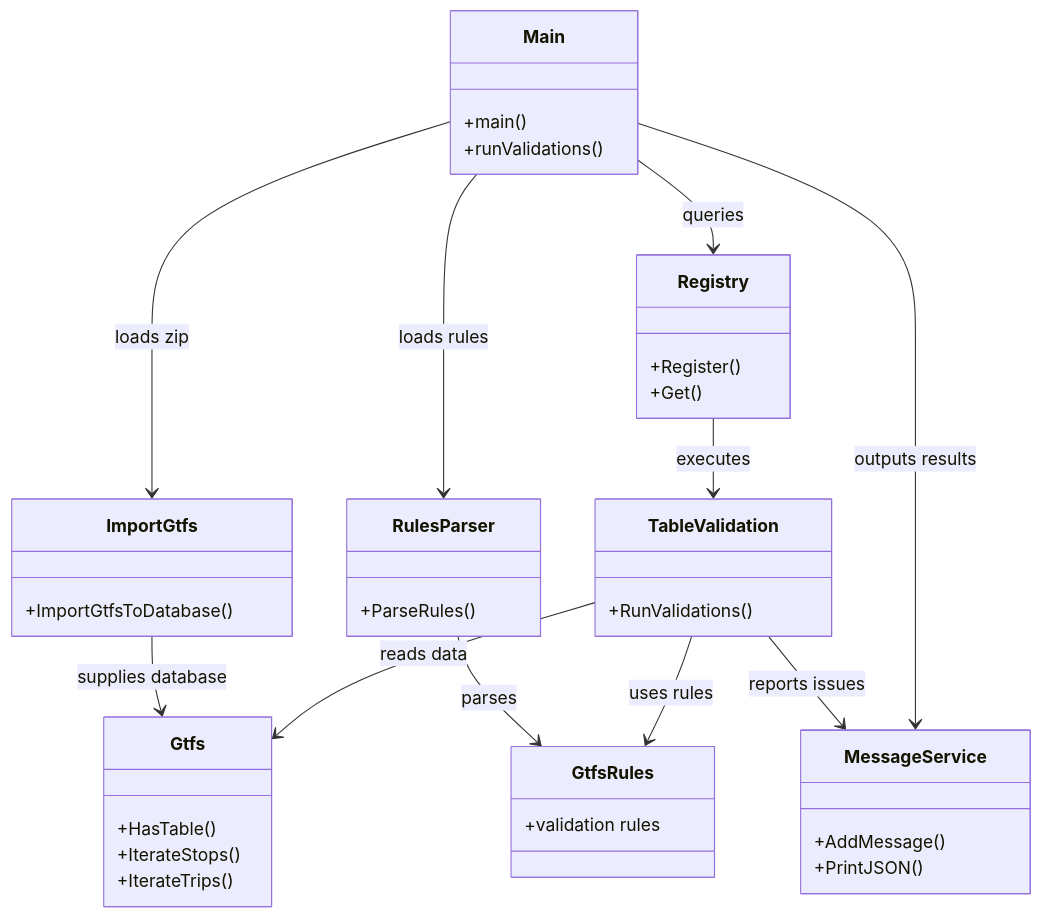
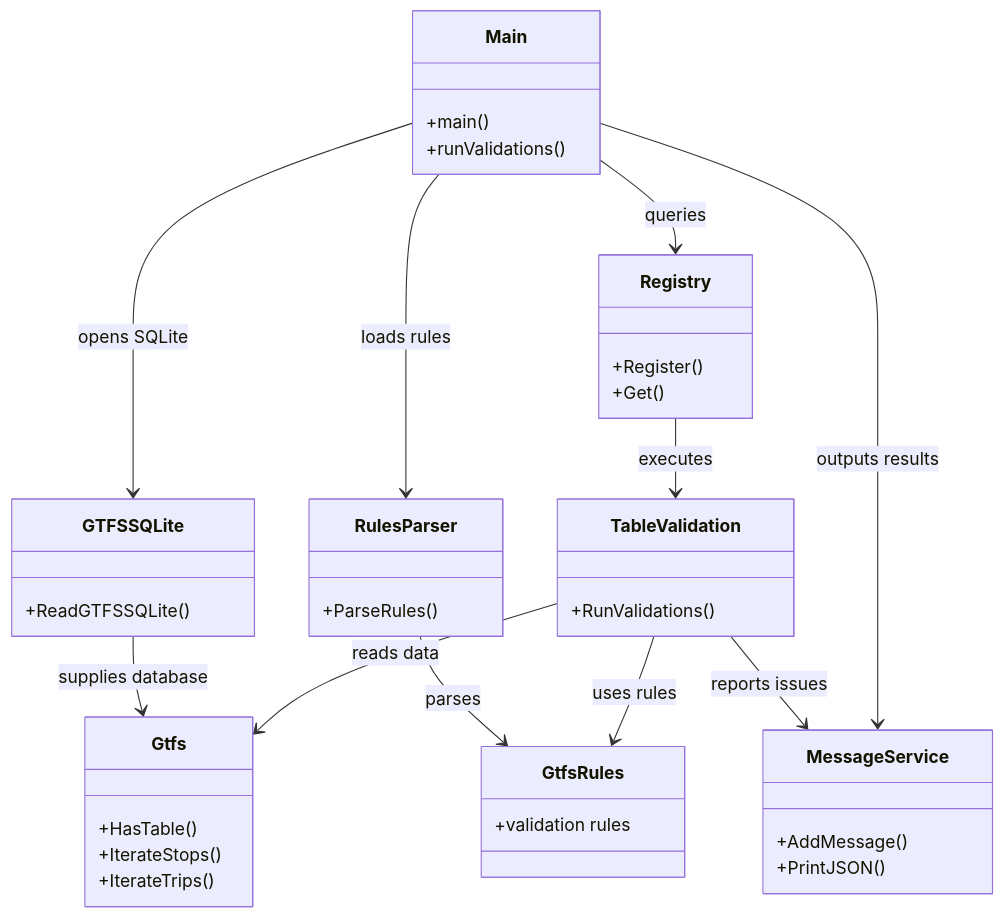
Before and after one commit to tmlmobilidade/go: the diagram in packages-golang/validator/README.md, drawn with Mermaid. The commit also changed other lines of this file and 9 other files, not shown here.

First line of the commit message:
feat(validator): update GTFS import process to use existing SQLite databases

````diff
--- a/packages-golang/validator/README.md
+++ b/packages-golang/validator/README.md
@@ -52,51 +52,51 @@
 ```mermaid
 classDiagram
     class Main {
         +main()
         +runValidations()
     }
     
-    class ImportGtfs {
-        +ImportGtfsToDatabase()
+    class GTFSSQLite {
+        +ReadGTFSSQLite()
     }
     
     class Gtfs {
         +HasTable()
         +IterateStops()
         +IterateTrips()
     }
     
     class RulesParser {
         +ParseRules()
     }
     
     class GtfsRules {
         +validation rules
     }
     
     class Registry {
         +Register()
         +Get()
     }
     
     class TableValidation {
         +RunValidations()
     }
     
-    Main --> ImportGtfs : loads zip
-    ImportGtfs --> Gtfs : supplies database
+    Main --> GTFSSQLite : opens SQLite
+    GTFSSQLite --> Gtfs : supplies database
     Main --> RulesParser : loads rules
     RulesParser --> GtfsRules : parses
     Main --> Registry : queries
     Registry --> TableValidation : executes
     TableValidation --> Gtfs : reads data
     TableValidation --> GtfsRules : uses rules
     
     class MessageService {
         +AddMessage()
         +PrintJSON()
     }
     
     TableValidation --> MessageService : reports issues
     Main --> MessageService : outputs results
 ```
````
